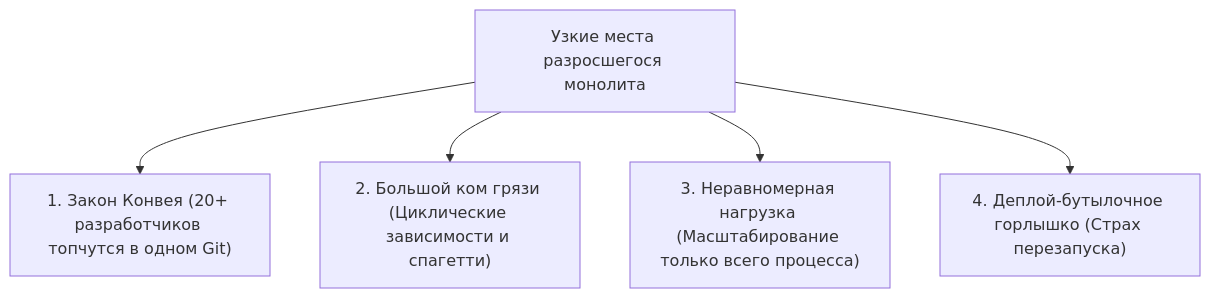
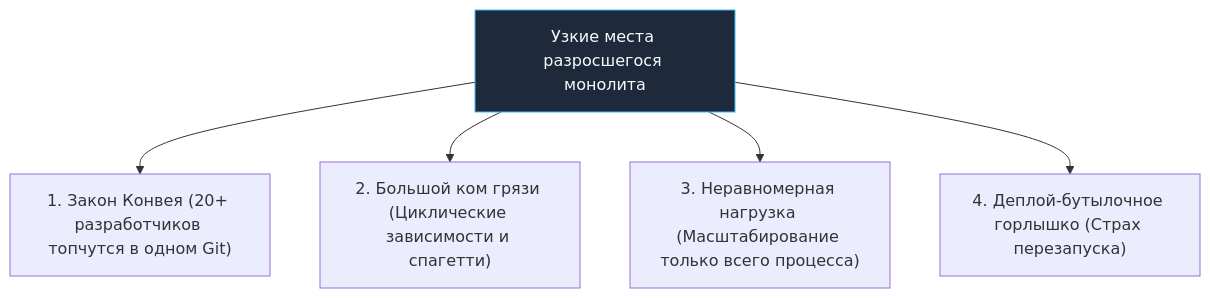
The second of 3 diagrams in sources/11. Архитектура и System Design/8. Монолит. Когда он хорош и когда становится проблемой.md (UnrealTemplier/go-textbook), drawn with Mermaid before and after one commit. The commit also changed other lines of this file and 1666 other files, not shown here.

First line of the commit message:
feat(mermaid): add semantic color classDef to 1369 colorless flowchart/graph diagrams

````diff
--- a/sources/11. Архитектура и System Design/8. Монолит. Когда он хорош и когда становится проблемой.md
+++ b/sources/11. Архитектура и System Design/8. Монолит. Когда он хорош и когда становится проблемой.md
@@ -137,8 +147,18 @@
 ```mermaid
 flowchart TD
-    Issue["Узкие места разросшегося монолита"]
+    classDef process  fill:#1e293b,stroke:#38bdf8,stroke-width:1px,color:#f8fafc
+    classDef success  fill:#064e3b,stroke:#34d399,stroke-width:1px,color:#f8fafc
+    classDef error    fill:#7f1d1d,stroke:#f87171,stroke-width:1px,color:#f8fafc
+    classDef warning  fill:#78350f,stroke:#fbbf24,stroke-width:1px,color:#f8fafc
+    classDef entry    fill:#1e3a5f,stroke:#38bdf8,stroke-width:2px,color:#f8fafc
+    classDef aux      fill:#334155,stroke:#64748b,stroke-width:1px,color:#f8fafc
+    classDef system   fill:#312e81,stroke:#a78bfa,stroke-width:1px,color:#f8fafc
+    classDef data     fill:#132d29,stroke:#2dd4bf,stroke-width:1px,color:#f8fafc
+    classDef network  fill:#881337,stroke:#fb7185,stroke-width:1px,color:#f8fafc
+    classDef accent   fill:#1e1b4b,stroke:#818cf8,stroke-width:1px,color:#f8fafc
+    Issue["Узкие места разросшегося монолита"]:::process
     Issue --> Conway["1. Закон Конвея (20+ разработчиков топчутся в одном Git)"]
     Issue --> Ball["2. Большой ком грязи (Циклические зависимости и спагетти)"]
     Issue --> Perf["3. Неравномерная нагрузка (Масштабирование только всего процесса)"]
     Issue --> Deploy["4. Деплой-бутылочное горлышко (Страх перезапуска)"]
 ```
````
